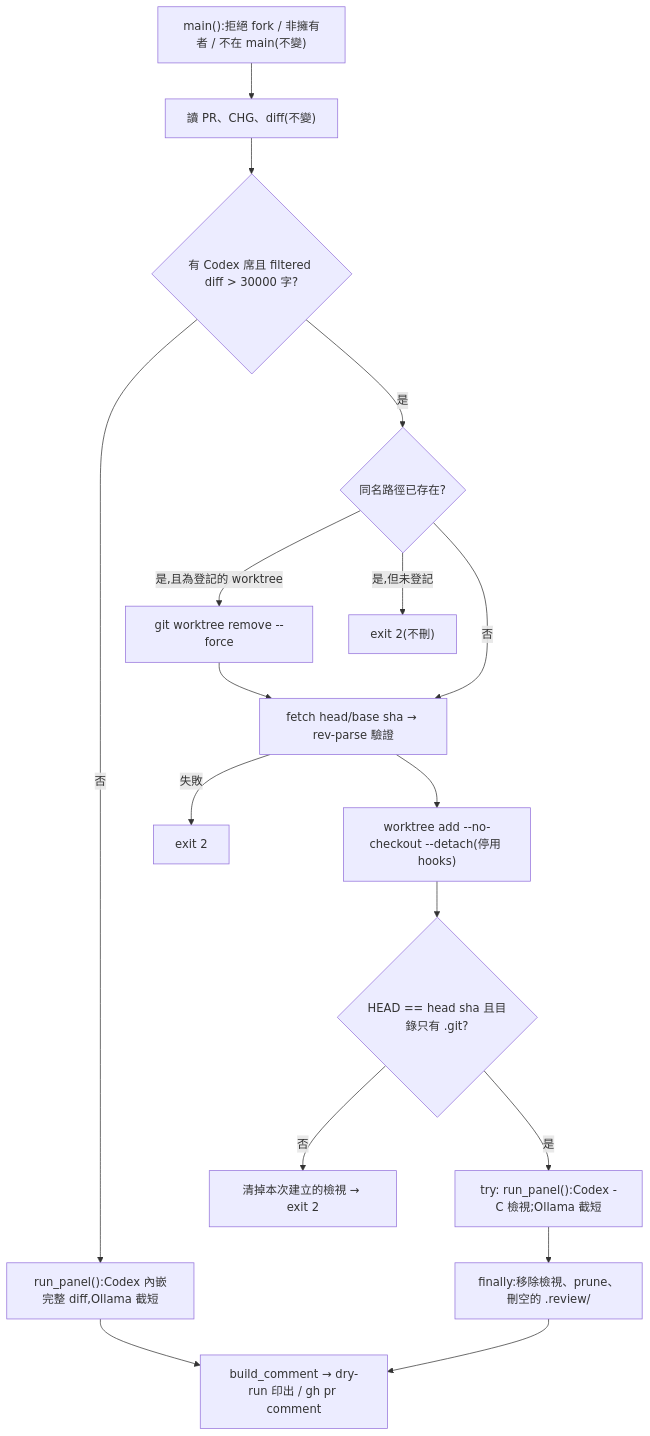
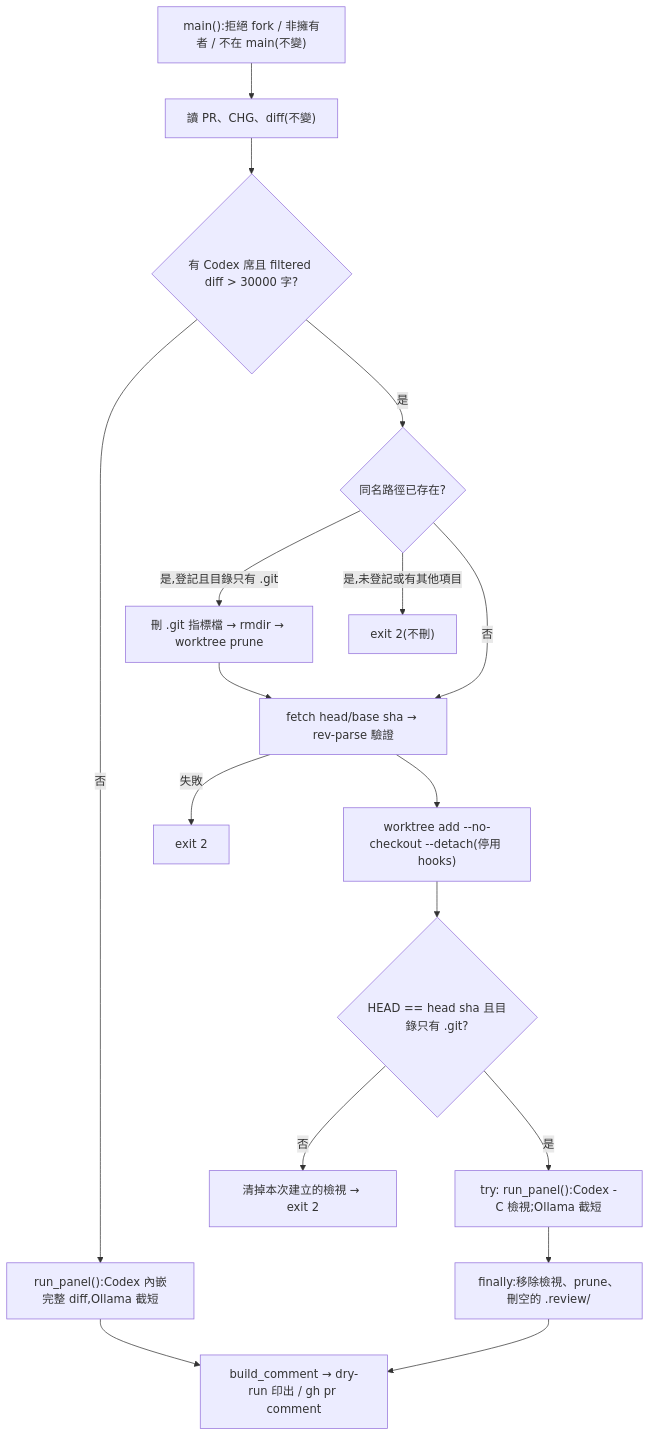
Before and after one commit to kamira/podcast-studio: the second of 2 diagrams in docs/changes/CHG-20261028-01.md, drawn with Mermaid. The commit also changed other lines of this file, not shown here.

First line of the commit message:
CHG-20261028-01: 草案修正——派發記錄不轉述審議發現;同名舊檢視不以 --force 移除

````diff
--- a/docs/changes/CHG-20261028-01.md
+++ b/docs/changes/CHG-20261028-01.md
@@ -85,19 +85,19 @@
 ```mermaid
 flowchart TD
   A["main():拒絕 fork / 非擁有者 / 不在 main(不變)"] --> B["讀 PR、CHG、diff(不變)"]
   B --> C{"有 Codex 席且 filtered diff > 30000 字?"}
   C -->|否| E["run_panel():Codex 內嵌完整 diff,Ollama 截短"]
   C -->|是| S{"同名路徑已存在?"}
-  S -->|是,且為登記的 worktree| S2["git worktree remove --force"]
-  S -->|是,但未登記| X["exit 2(不刪)"]
+  S -->|是,登記且目錄只有 .git| S2["刪 .git 指標檔 → rmdir → worktree prune"]
+  S -->|是,未登記或有其他項目| X["exit 2(不刪)"]
   S -->|否| V1
   S2 --> V1["fetch head/base sha → rev-parse 驗證"]
   V1 -->|失敗| X2["exit 2"]
   V1 --> V2["worktree add --no-checkout --detach(停用 hooks)"]
   V2 --> V3{"HEAD == head sha 且目錄只有 .git?"}
   V3 -->|否| X3["清掉本次建立的檢視 → exit 2"]
   V3 -->|是| T["try: run_panel():Codex -C 檢視;Ollama 截短"]
   T --> FIN["finally:移除檢視、prune、刪空的 .review/"]
   E --> G["build_comment → dry-run 印出 / gh pr comment"]
   FIN --> G
 ```
````
